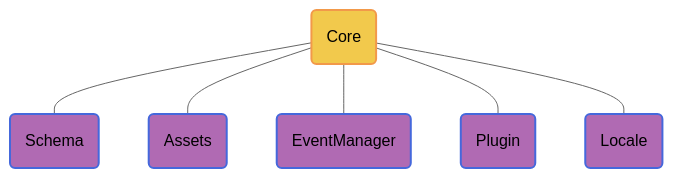
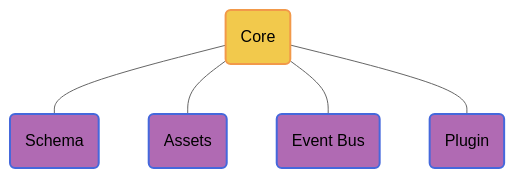
One commit to zhangmo8/lowcode-ppt changed the diagram in pages/core.md. Above: the diagram before and after it, drawn with Mermaid (neutral theme). The commit also changed other lines of this file and 2 other files, not shown here.

Commit message:
chore: adjustment

````diff
--- a/pages/core.md
+++ b/pages/core.md
@@ -13,14 +13,12 @@
 ```mermaid {theme: 'default'}
   graph TD
   A(Core) --- B(Schema)
   A --- C(Assets)
-  A --- D(EventManager)
+  A --- D(Event Bus)
   A --- E(Plugin)
-  A --- F(Locale)
   style A fill:#F2C94C,stroke:#F2994A,stroke-width:2px
   style B fill:#B06AB3,stroke:#4568DC,stroke-width:2px
   style C fill:#B06AB3,stroke:#4568DC,stroke-width:2px
   style D fill:#B06AB3,stroke:#4568DC,stroke-width:2px
   style E fill:#B06AB3,stroke:#4568DC,stroke-width:2px
-  style F fill:#B06AB3,stroke:#4568DC,stroke-width:2px
 ```
````
